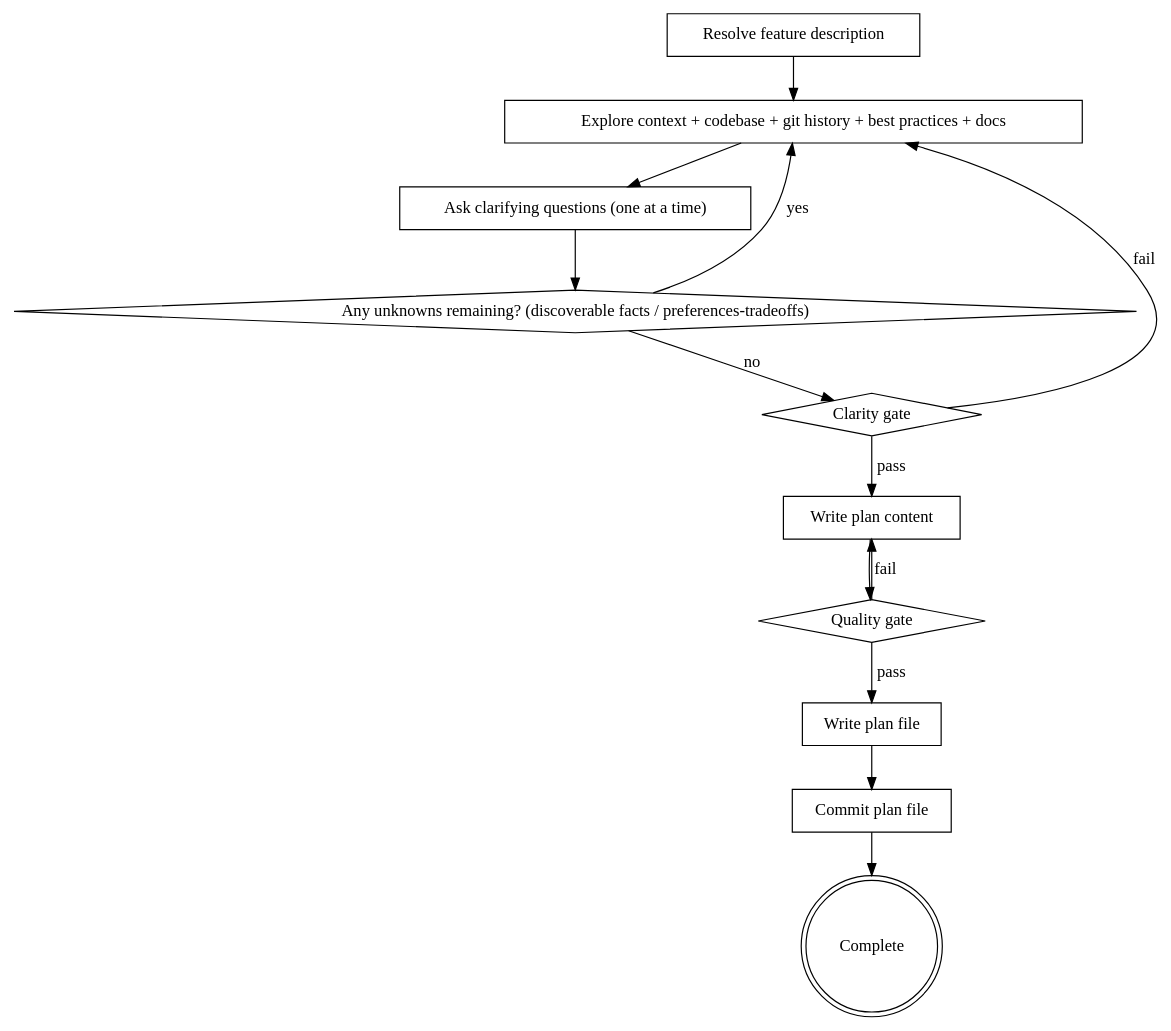
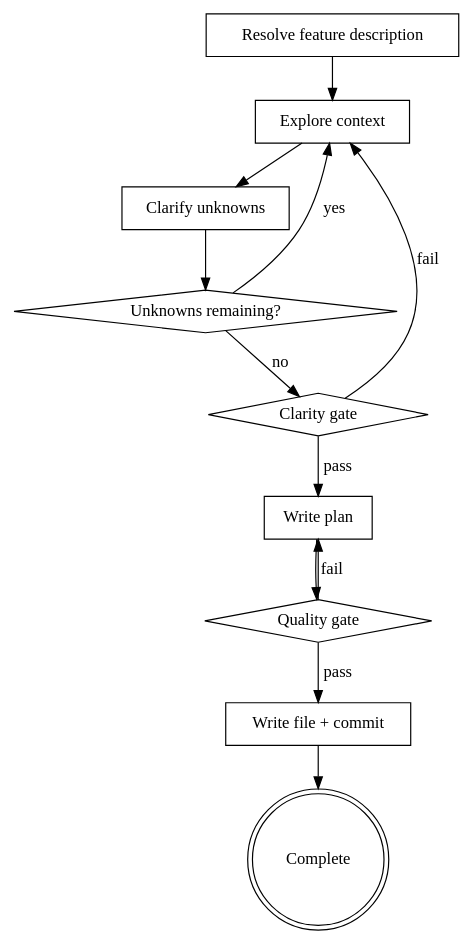
Before and after one commit to ty91/agentfiles: the diagram in skills/planning/SKILL.md, drawn with Graphviz. The commit also changed other lines of this file, not shown here.

Commit message:
docs(planning): streamline skill structure and flow

````diff
--- a/skills/planning/SKILL.md
+++ b/skills/planning/SKILL.md
@@ -121,27 +42,25 @@
 ```dot
 digraph planning {
     "Resolve feature description" [shape=box];
-    "Explore context + codebase + git history + best practices + docs" [shape=box];
-    "Ask clarifying questions (one at a time)" [shape=box];
-    "Any unknowns remaining? (discoverable facts / preferences-tradeoffs)" [shape=diamond];
+    "Explore context" [shape=box];
+    "Clarify unknowns" [shape=box];
+    "Unknowns remaining?" [shape=diamond];
     "Clarity gate" [shape=diamond];
-    "Write plan content" [shape=box];
+    "Write plan" [shape=box];
     "Quality gate" [shape=diamond];
-    "Write plan file" [shape=box];
-    "Commit plan file" [shape=box];
+    "Write file + commit" [shape=box];
     "Complete" [shape=doublecircle];
 
-    "Resolve feature description" -> "Explore context + codebase + git history + best practices + docs";
-    "Explore context + codebase + git history + best practices + docs" -> "Ask clarifying questions (one at a time)";
-    "Ask clarifying questions (one at a time)" -> "Any unknowns remaining? (discoverable facts / preferences-tradeoffs)";
-    "Any unknowns remaining? (discoverable facts / preferences-tradeoffs)" -> "Explore context + codebase + git history + best practices + docs" [label="yes"];
-    "Any unknowns remaining? (discoverable facts / preferences-tradeoffs)" -> "Clarity gate" [label="no"];
-    "Clarity gate" -> "Explore context + codebase + git history + best practices + docs" [label="fail"];
-    "Clarity gate" -> "Write plan content" [label="pass"];
-    "Write plan content" -> "Quality gate";
-    "Quality gate" -> "Write plan content" [label="fail"];
-    "Quality gate" -> "Write plan file" [label="pass"];
-    "Write plan file" -> "Commit plan file";
-    "Commit plan file" -> "Complete";
+    "Resolve feature description" -> "Explore context";
+    "Explore context" -> "Clarify unknowns";
+    "Clarify unknowns" -> "Unknowns remaining?";
+    "Unknowns remaining?" -> "Explore context" [label="yes"];
+    "Unknowns remaining?" -> "Clarity gate" [label="no"];
+    "Clarity gate" -> "Explore context" [label="fail"];
+    "Clarity gate" -> "Write plan" [label="pass"];
+    "Write plan" -> "Quality gate";
+    "Quality gate" -> "Write plan" [label="fail"];
+    "Quality gate" -> "Write file + commit" [label="pass"];
+    "Write file + commit" -> "Complete";
 }
 ```
````
